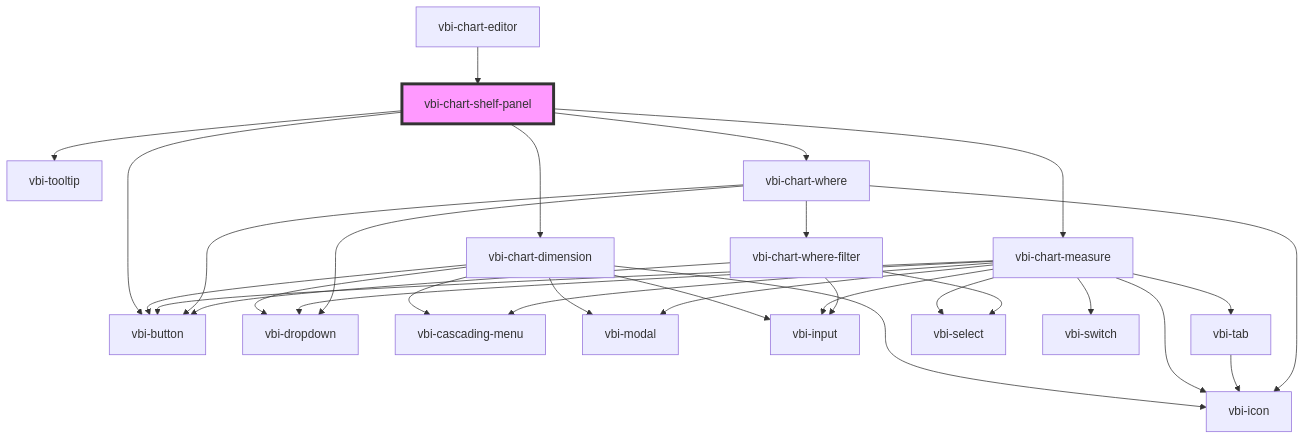
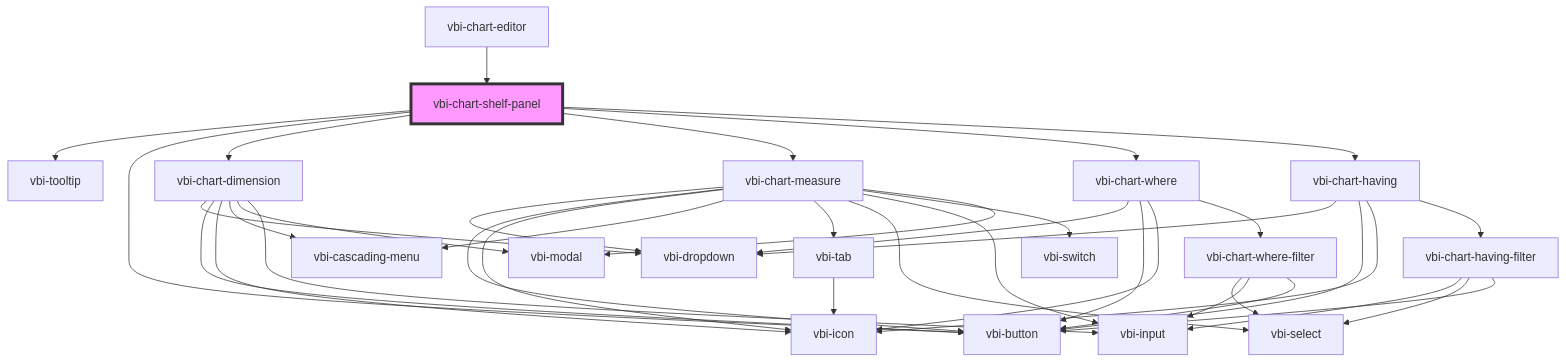
One commit to Ditto190/VBI-modme changed the diagram in packages/vbi-component/src/components/chart/shelves/vbi-chart-shelf-panel/readme.md. Above: the diagram before and after it, drawn with Mermaid. The commit also changed other lines of this file and 20 other files, not shown here.

Commit message:
feat(vbi-component): add vbi-chart-having and vbi-chart-having-filter components

````diff
--- a/packages/vbi-component/src/components/chart/shelves/vbi-chart-shelf-panel/readme.md
+++ b/packages/vbi-component/src/components/chart/shelves/vbi-chart-shelf-panel/readme.md
@@ -23,33 +24,41 @@
 ```mermaid
 graph TD;
   vbi-chart-shelf-panel --> vbi-tooltip
   vbi-chart-shelf-panel --> vbi-button
   vbi-chart-shelf-panel --> vbi-chart-dimension
   vbi-chart-shelf-panel --> vbi-chart-measure
   vbi-chart-shelf-panel --> vbi-chart-where
+  vbi-chart-shelf-panel --> vbi-chart-having
   vbi-chart-dimension --> vbi-dropdown
   vbi-chart-dimension --> vbi-button
   vbi-chart-dimension --> vbi-icon
   vbi-chart-dimension --> vbi-cascading-menu
   vbi-chart-dimension --> vbi-modal
   vbi-chart-dimension --> vbi-input
   vbi-chart-measure --> vbi-dropdown
   vbi-chart-measure --> vbi-button
   vbi-chart-measure --> vbi-icon
   vbi-chart-measure --> vbi-cascading-menu
   vbi-chart-measure --> vbi-tab
   vbi-chart-measure --> vbi-select
   vbi-chart-measure --> vbi-input
   vbi-chart-measure --> vbi-switch
   vbi-chart-measure --> vbi-modal
   vbi-tab --> vbi-icon
   vbi-chart-where --> vbi-dropdown
   vbi-chart-where --> vbi-button
   vbi-chart-where --> vbi-icon
   vbi-chart-where --> vbi-chart-where-filter
   vbi-chart-where-filter --> vbi-select
   vbi-chart-where-filter --> vbi-input
   vbi-chart-where-filter --> vbi-button
+  vbi-chart-having --> vbi-dropdown
+  vbi-chart-having --> vbi-button
+  vbi-chart-having --> vbi-icon
+  vbi-chart-having --> vbi-chart-having-filter
+  vbi-chart-having-filter --> vbi-input
+  vbi-chart-having-filter --> vbi-select
+  vbi-chart-having-filter --> vbi-button
   vbi-chart-editor --> vbi-chart-shelf-panel
   style vbi-chart-shelf-panel fill:#f9f,stroke:#333,stroke-width:4px
 ```
````
